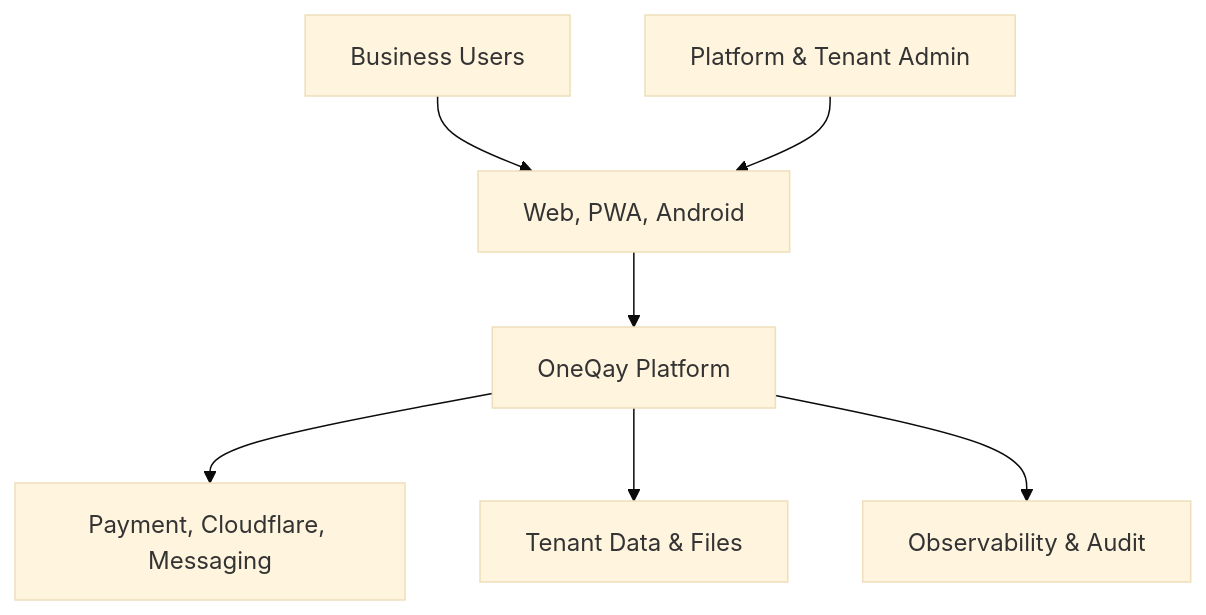
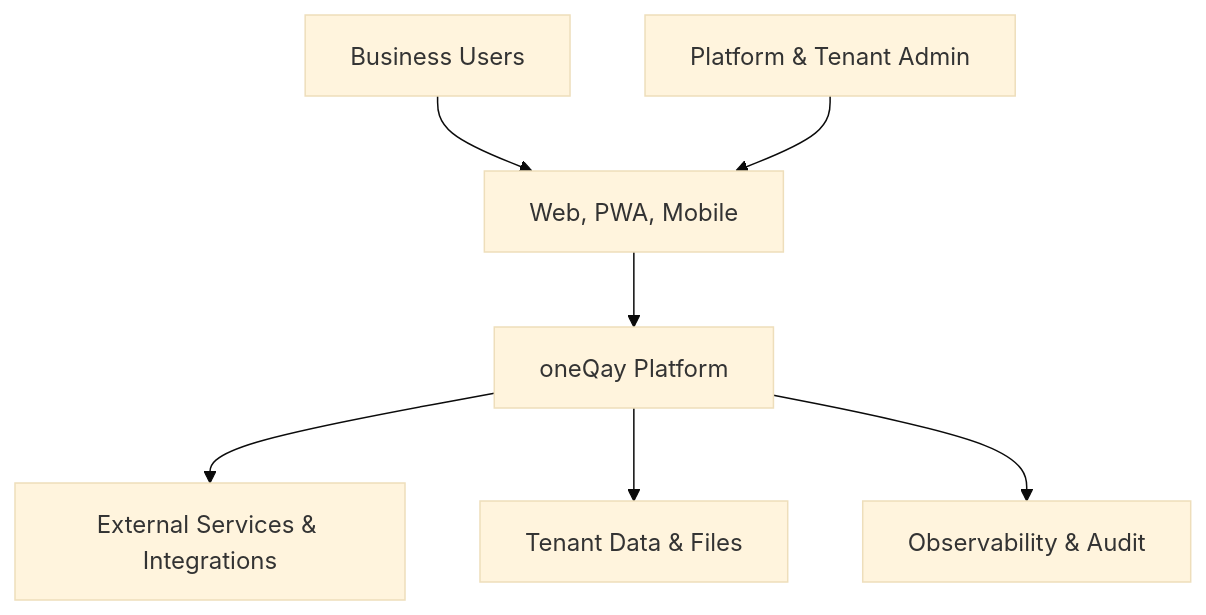
The first of 3 diagrams in ARCHITECTURE.md (labzefry/oneQay), drawn with Mermaid (base theme) before and after one commit. The commit also changed other lines of this file, not shown here.

Commit message:
docs(architecture): align oneQay enterprise vision boundary

````diff
--- a/ARCHITECTURE.md
+++ b/ARCHITECTURE.md
@@ -9,9 +15,9 @@
 ```mermaid
 flowchart TD
-    U["Business Users"] --> C["Web, PWA, Android"]
+    U["Business Users"] --> C["Web, PWA, Mobile"]
     A["Platform & Tenant Admin"] --> C
-    C --> P["OneQay Platform"]
-    P --> X["Payment, Cloudflare, Messaging"]
+    C --> P["oneQay Platform"]
+    P --> X["External Services & Integrations"]
     P --> D["Tenant Data & Files"]
     P --> O["Observability & Audit"]
 ```
````
